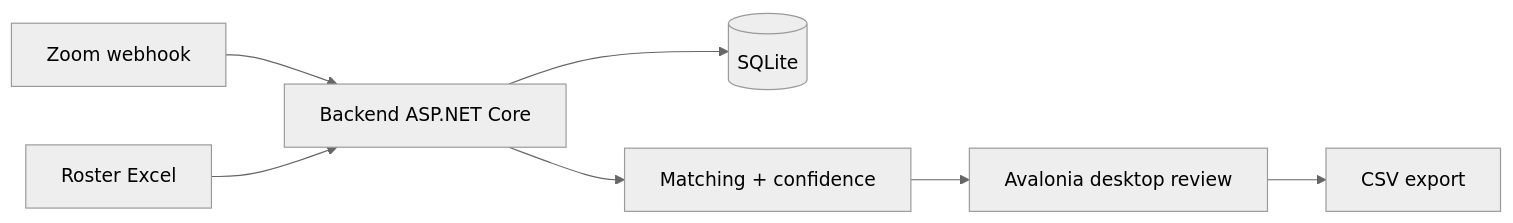
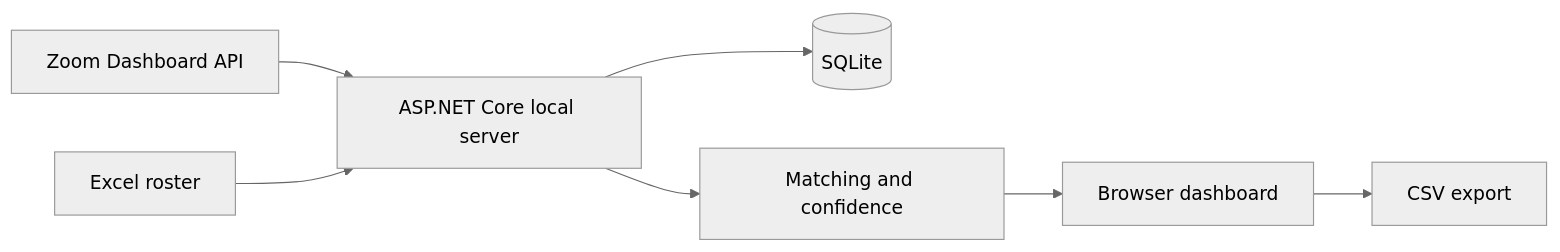
Before and after one commit to ianlyoo/zoomcheck: the diagram in README.md, drawn with Mermaid (neutral theme). The commit also changed other lines of this file and 42 other files, not shown here.

Commit message:
feat: add Zoom API web attendance dashboard

````diff
--- a/README.md
+++ b/README.md
@@ -53,9 +50,9 @@
 ```mermaid
 flowchart LR
-  A[Zoom webhook] --> B[Backend ASP.NET Core]
-  C[Roster Excel] --> B
+  A[Zoom Dashboard API] --> B[ASP.NET Core local server]
+  C[Excel roster] --> B
   B --> D[(SQLite)]
-  B --> E[Matching + confidence]
-  E --> F[Avalonia desktop review]
+  B --> E[Matching and confidence]
+  E --> F[Browser dashboard]
   F --> G[CSV export]
 ```
````
